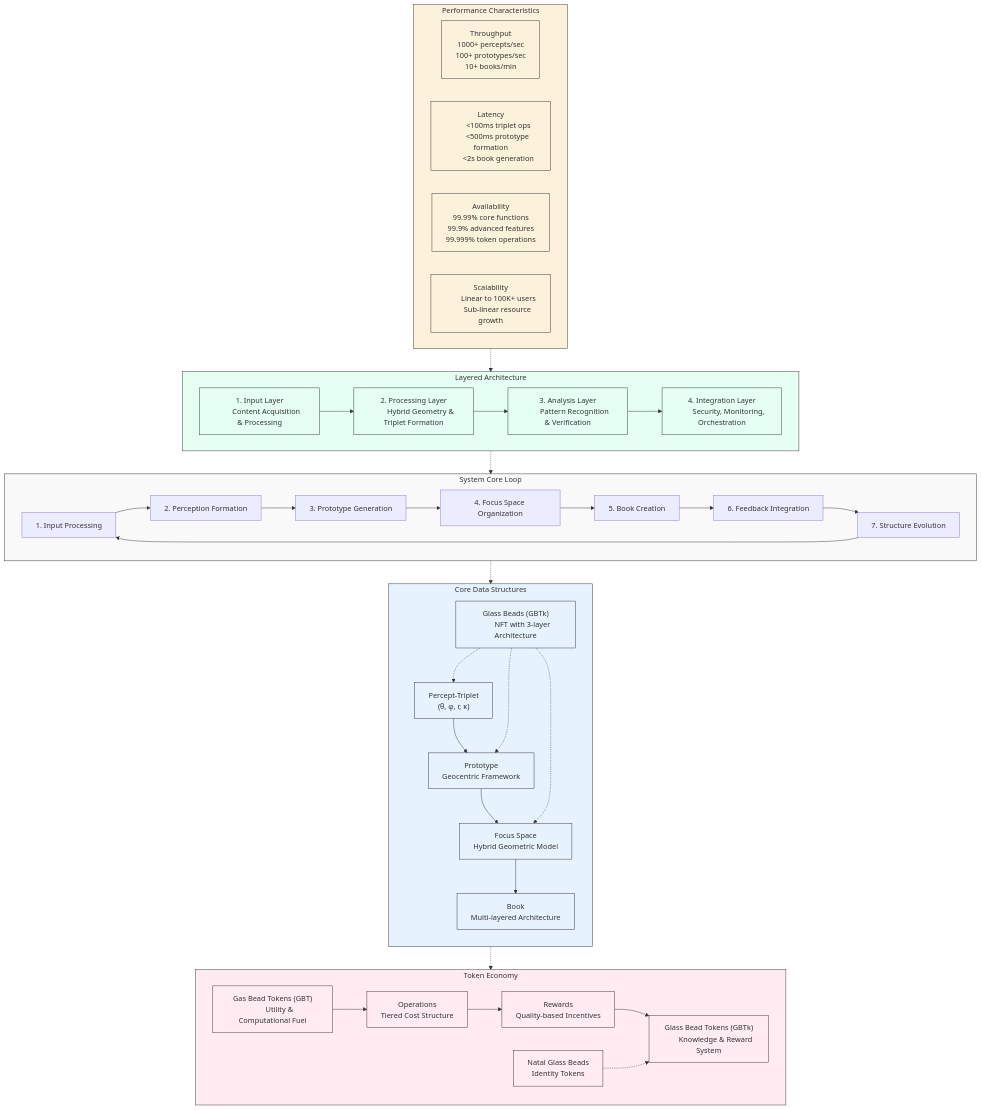
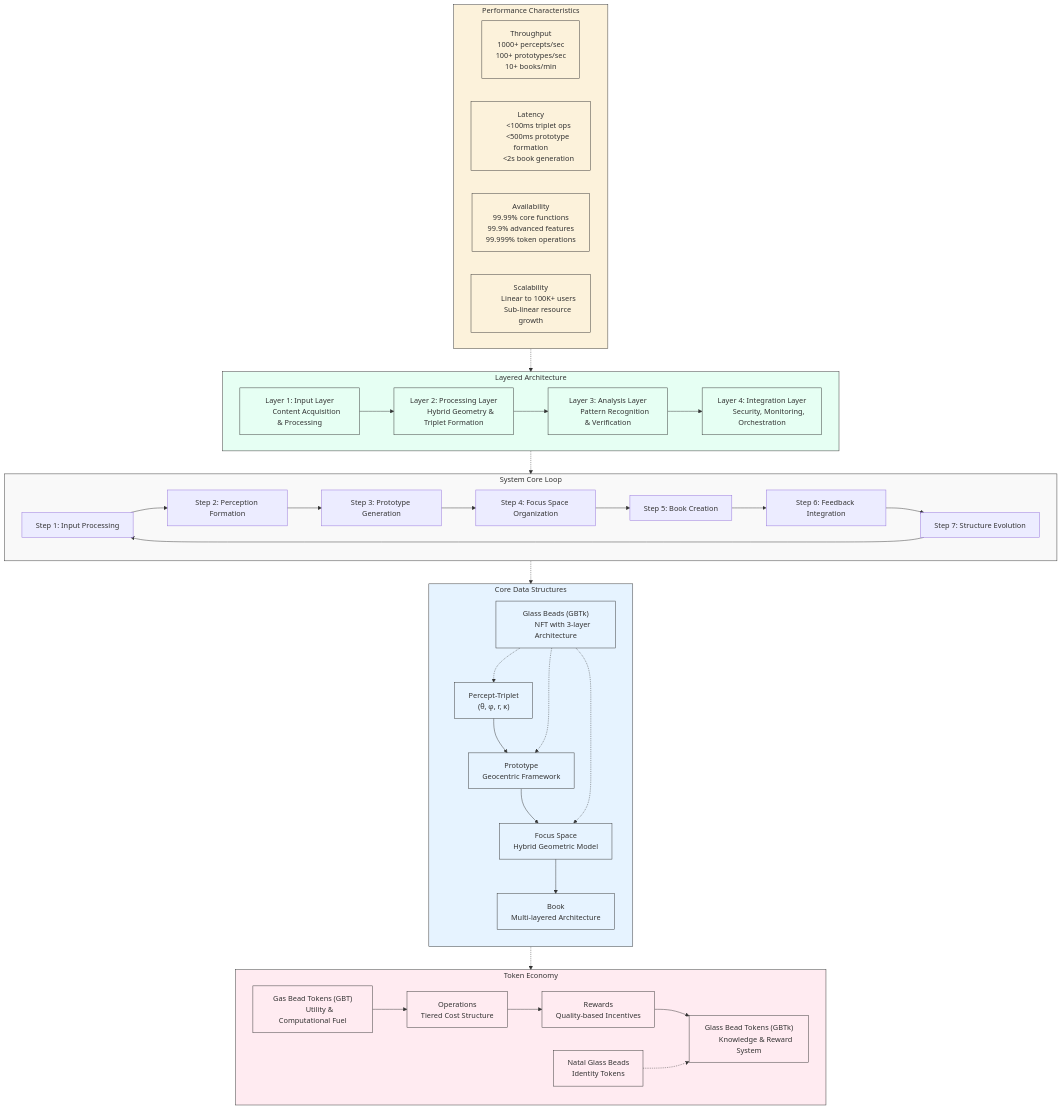
Before and after one commit to heavyblotto/memorativa: the second of 7 diagrams in docs/3. the machine system/memorativa-3-1-the-machine-system.md, drawn with Mermaid.

```diff
--- a/docs/3. the machine system/memorativa-3-1-the-machine-system.md
+++ b/docs/3. the machine system/memorativa-3-1-the-machine-system.md
@@ -131,13 +131,13 @@
     %% Core System Loop
     subgraph SystemCoreLoop["System Core Loop"]
         direction LR
-        InputProcessing["1. Input Processing"]
-        PerceptionFormation["2. Perception Formation"]
-        PrototypeGeneration["3. Prototype Generation"]
-        FocusSpaceOrg["4. Focus Space Organization"]
-        BookCreation["5. Book Creation"]
-        FeedbackIntegration["6. Feedback Integration"]
-        StructureEvolution["7. Structure Evolution"]
+        InputProcessing["Step 1: Input Processing"]
+        PerceptionFormation["Step 2: Perception Formation"]
+        PrototypeGeneration["Step 3: Prototype Generation"]
+        FocusSpaceOrg["Step 4: Focus Space Organization"]
+        BookCreation["Step 5: Book Creation"]
+        FeedbackIntegration["Step 6: Feedback Integration"]
+        StructureEvolution["Step 7: Structure Evolution"]
         
         InputProcessing --> PerceptionFormation
         PerceptionFormation --> PrototypeGeneration
@@ -199,16 +199,16 @@
     
     %% Layered Architecture
     subgraph LayeredArchitecture["Layered Architecture"]
-        InputLayer["1. Input Layer
+        InputLayer["Layer 1: Input Layer
         Content Acquisition & Processing"]
         
-        ProcessingLayer["2. Processing Layer
+        ProcessingLayer["Layer 2: Processing Layer
         Hybrid Geometry & Triplet Formation"]
         
-        AnalysisLayer["3. Analysis Layer
+        AnalysisLayer["Layer 3: Analysis Layer
         Pattern Recognition & Verification"]
         
-        IntegrationLayer["4. Integration Layer
+        IntegrationLayer["Layer 4: Integration Layer
         Security, Monitoring, Orchestration"]
         
         InputLayer --> ProcessingLayer
```
